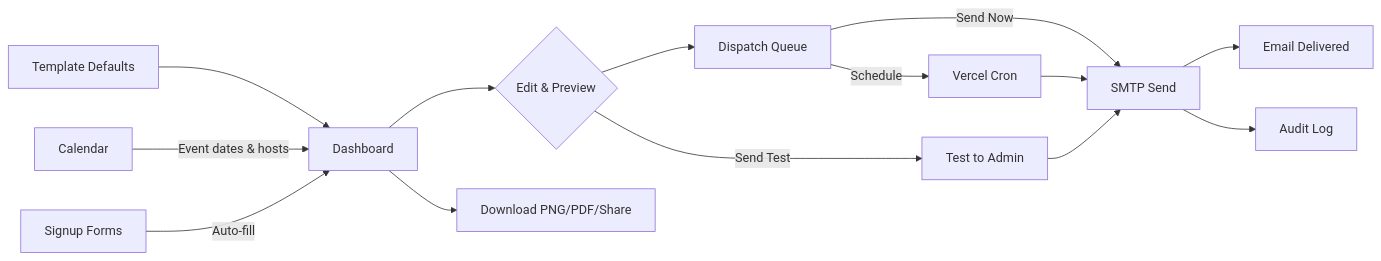
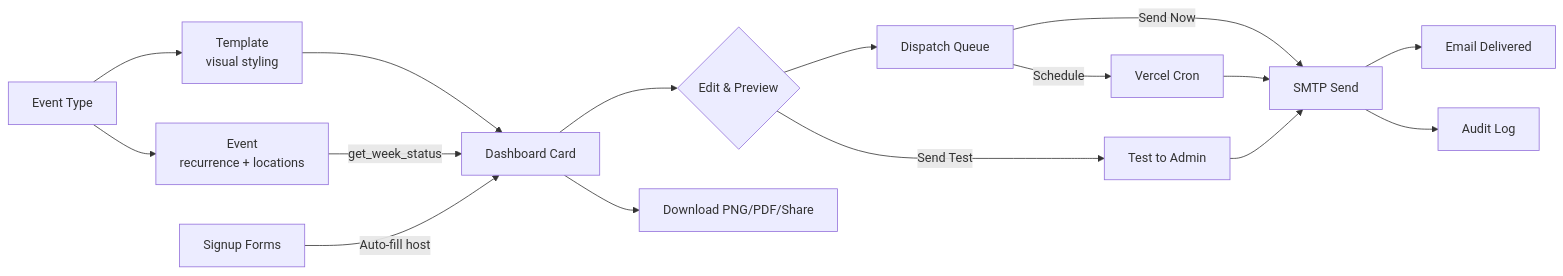
The third of 5 diagrams in README.md (jpurusho/ccisr-connect), drawn with Mermaid before and after one commit. The commit also changed other lines of this file and 1 other file, not shown here.

````diff
--- a/README.md
+++ b/README.md
@@ -166,16 +182,18 @@
 ```mermaid
 flowchart LR
-    T[Template Defaults] --> D[Dashboard]
-    C[Calendar] -->|Event dates & hosts| D
-    SF[Signup Forms] -->|Auto-fill| D
+    T[Template<br/>visual styling] --> D[Dashboard Card]
+    ET[Event Type] --> T
+    ET --> EV[Event<br/>recurrence + locations]
+    EV -->|get_week_status| D
+    SF[Signup Forms] -->|Auto-fill host| D
     D --> E{Edit & Preview}
     E --> Q[Dispatch Queue]
     E -->|Send Test| TS[Test to Admin]
     Q -->|Send Now| S[SMTP Send]
     Q -->|Schedule| CR[Vercel Cron]
     CR --> S
     TS --> S
     S --> H[Email Delivered]
     S --> A[Audit Log]
     D --> P[Download PNG/PDF/Share]
 ```
````
